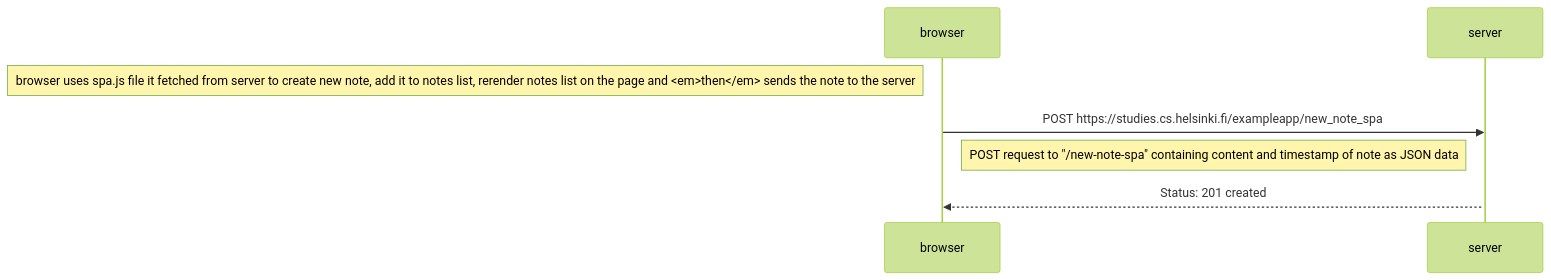
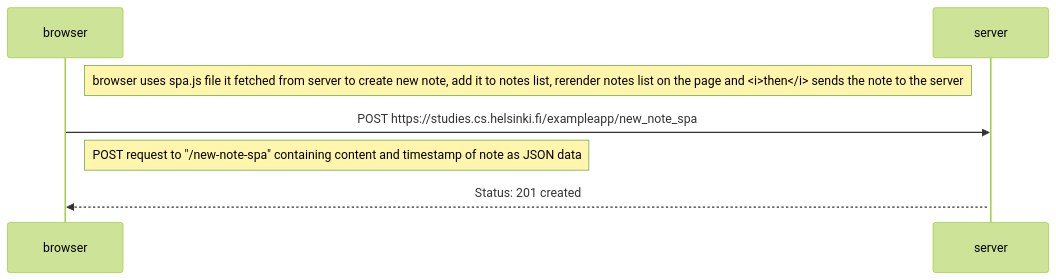
One commit to valli259/Fullstack-exercises changed the diagram in part0/0-6.md. Above: the diagram before and after it, drawn with Mermaid (forest theme).

````diff
--- a/part0/0-6.md
+++ b/part0/0-6.md
@@ -1,13 +1,13 @@
 ```mermaid
 sequenceDiagram
 participant browser
 participant server
-Note left of browser: browser uses spa.js file it fetched from server to create new note, add it to notes list, rerender notes list on the page and <em>then</em> sends the note to the server
+Note right of browser: browser uses spa.js file it fetched from server to create new note, add it to notes list, rerender notes list on the page and <i>then</i> sends the note to the server
 browser->>server: POST https://studies.cs.helsinki.fi/exampleapp/new_note_spa
 Note right of browser: POST request to "/new-note-spa" containing content and timestamp of note as JSON data
 activate server
 server-->>browser: Status: 201 created
 
 
 
 ```
````
